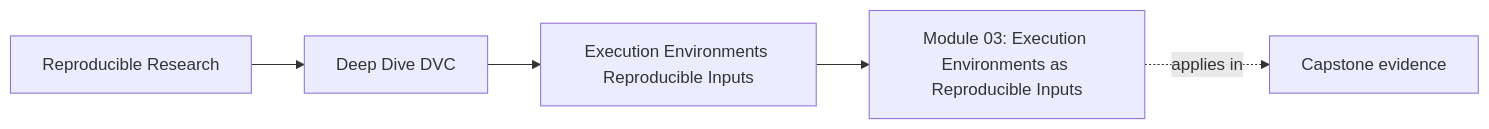
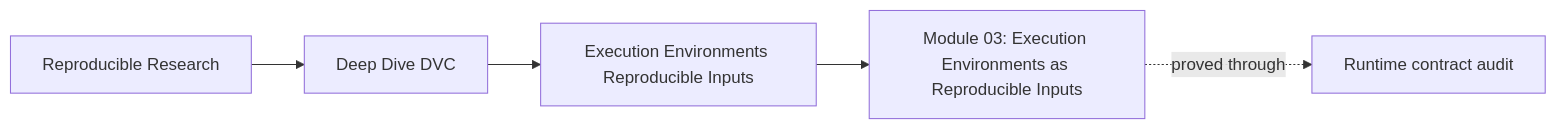
The first of 4 diagrams in programs/reproducible-research/deep-dive-dvc/course-book/module-03-execution-environments-reproducible-inputs/index.md (bijux/bijux-masterclass), drawn with Mermaid before and after one commit. The commit also changed other lines of this file, not shown here.

Commit message:
docs(dvc): orient independent runtime evidence study

````diff
--- a/programs/reproducible-research/deep-dive-dvc/course-book/module-03-execution-environments-reproducible-inputs/index.md
+++ b/programs/reproducible-research/deep-dive-dvc/course-book/module-03-execution-environments-reproducible-inputs/index.md
@@ -7,11 +6,11 @@
 ```mermaid
 graph LR
   family["Reproducible Research"]
   program["Deep Dive DVC"]
   section["Execution Environments Reproducible Inputs"]
   page["Module 03: Execution Environments as Reproducible Inputs"]
-  capstone["Capstone evidence"]
+  capstone["Runtime contract audit"]
 
   family --> program --> section --> page
-  page -.applies in.-> capstone
+  page -.proved through.-> capstone
 ```
````
